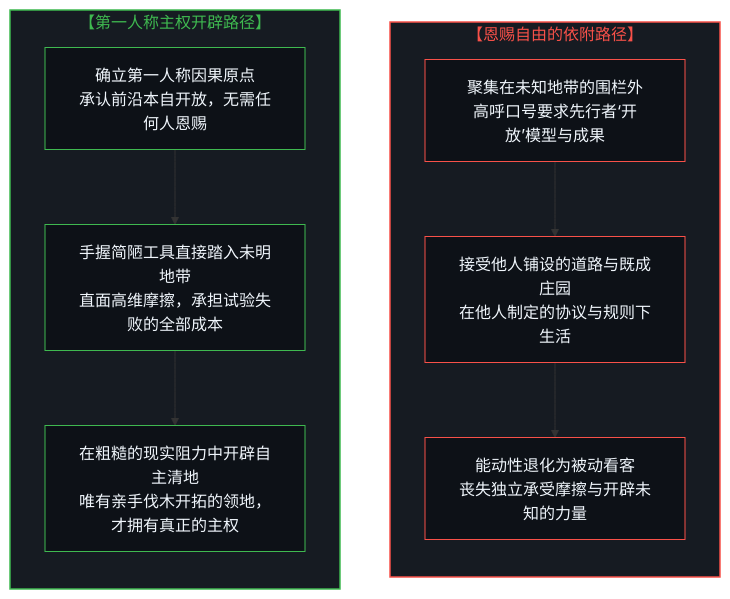
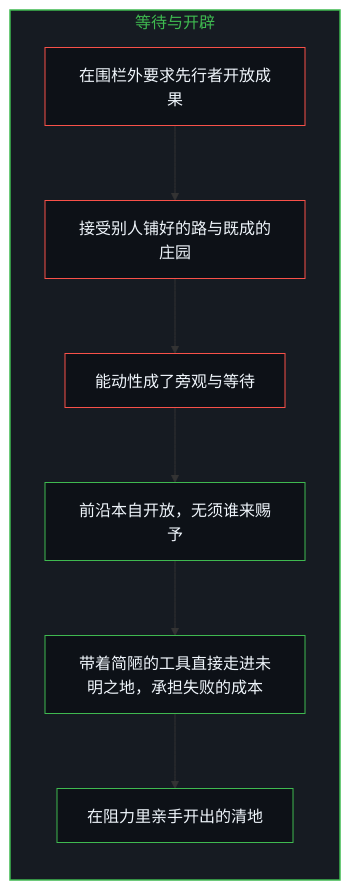
Before and after one commit to powerpig99/not-a-toe: the ninth of 10 diagrams in content/posts/the-illusion-of-the-unmediated.md, drawn with Mermaid. The commit also changed other lines of this file and 2 other files, not shown here.

Commit message:
Refine the-illusion-of-the-unmediated: alternating bilingual layout, five paired diagrams, a trajectory read by its structure, implicit first person

````diff
--- a/content/posts/the-illusion-of-the-unmediated.md
+++ b/content/posts/the-illusion-of-the-unmediated.md
@@ -311,27 +271,25 @@
 ```mermaid
-graph TD
-    subgraph S_Dependent["【恩赐自由的依附路径】"]
+flowchart TD
+    subgraph S_Clearing["等待与开辟"]
         direction TB
-        G1["聚集在未知地带的围栏外<br/>高呼口号要求先行者‘开放’模型与成果"]
-        G2["接受他人铺设的道路与既成庄园<br/>在他人制定的协议与规则下生活"]
-        G3["能动性退化为被动看客<br/>丧失独立承受摩擦与开辟未知的力量"]
-        G1 --> G2 --> G3
+        Fence["在围栏外要求先行者开放成果"]
+        Estate["接受别人铺好的路与既成的庄园"]
+        Idle["能动性成了旁观与等待"]
+        Open["前沿本自开放，无须谁来赐予"]
+        Enter["带着简陋的工具直接走进未明之地，承担失败的成本"]
+        Clear["在阻力里亲手开出的清地"]
+        Fence --> Estate
+        Estate --> Idle
+        Open --> Enter
+        Enter --> Clear
+        Idle --> Open
     end
 
-    subgraph S_Sovereign["【第一人称主权开辟路径】"]
-        direction TB
-        H1["确立第一人称因果原点<br/>承认前沿本自开放，无需任何人恩赐"]
-        H2["手握简陋工具直接踏入未明地带<br/>直面高维摩擦，承担试验失败的全部成本"]
-        H3["在粗糙的现实阻力中开辟自主清地<br/>唯有亲手伐木开拓的领地，才拥有真正的主权"]
-        H1 --> H2 --> H3
-    end
-
-    style S_Dependent fill:#161b22,stroke:#f85149,stroke-width:1.5px,color:#f85149
-    style S_Sovereign fill:#161b22,stroke:#3fb950,stroke-width:1.5px,color:#3fb950
-    style G1 fill:#0d1117,stroke:#f85149,stroke-width:1px,color:#f0f6fc
-    style G2 fill:#0d1117,stroke:#f85149,stroke-width:1px,color:#f0f6fc
-    style G3 fill:#0d1117,stroke:#f85149,stroke-width:1px,color:#f0f6fc
-    style H1 fill:#0d1117,stroke:#3fb950,stroke-width:1px,color:#f0f6fc
-    style H2 fill:#0d1117,stroke:#3fb950,stroke-width:1px,color:#f0f6fc
-    style H3 fill:#0d1117,stroke:#3fb950,stroke-width:1px,color:#f0f6fc
+    style S_Clearing fill:#161b22,stroke:#3fb950,stroke-width:1.5px,color:#3fb950
+    style Fence fill:#0d1117,stroke:#f85149,stroke-width:1px,color:#f0f6fc
+    style Estate fill:#0d1117,stroke:#f85149,stroke-width:1px,color:#f0f6fc
+    style Idle fill:#0d1117,stroke:#f85149,stroke-width:1px,color:#f0f6fc
+    style Open fill:#0d1117,stroke:#3fb950,stroke-width:1px,color:#f0f6fc
+    style Enter fill:#0d1117,stroke:#3fb950,stroke-width:1px,color:#f0f6fc
+    style Clear fill:#0d1117,stroke:#3fb950,stroke-width:1px,color:#f0f6fc
 ```
````
